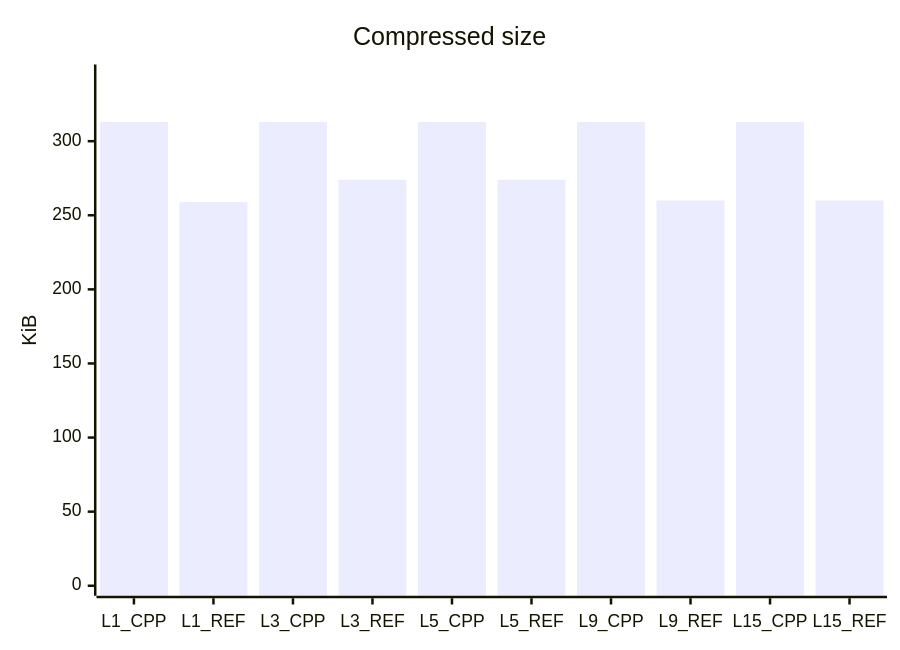
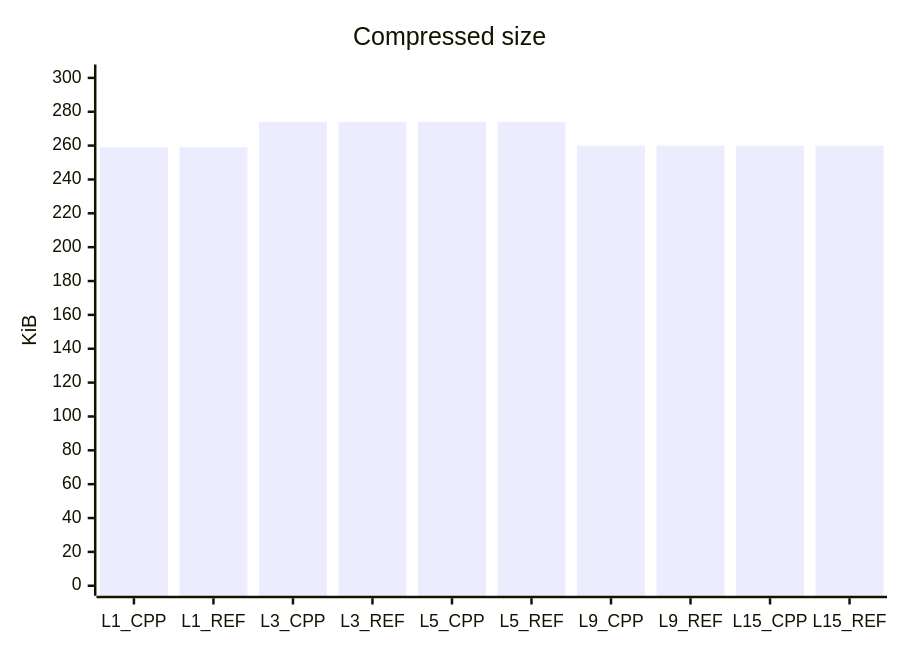
The first of 7 diagrams in README.md (mheyman/zstdpp), drawn with Mermaid before and after one commit. The commit also changed other lines of this file, not shown here.

````diff
--- a/README.md
+++ b/README.md
@@ -126,7 +144,7 @@
 ```mermaid
 xychart-beta
     title "Compressed size"
     x-axis [L1_CPP, L1_REF, L3_CPP, L3_REF, L5_CPP, L5_REF, L9_CPP, L9_REF, L15_CPP, L15_REF]
-    y-axis "KiB" 0 --> 345
-    bar [313, 259, 313, 274, 313, 274, 313, 260, 313, 260]
+    y-axis "KiB" 0 --> 302
+    bar [259, 259, 274, 274, 274, 274, 260, 260, 260, 260]
 ```
````
